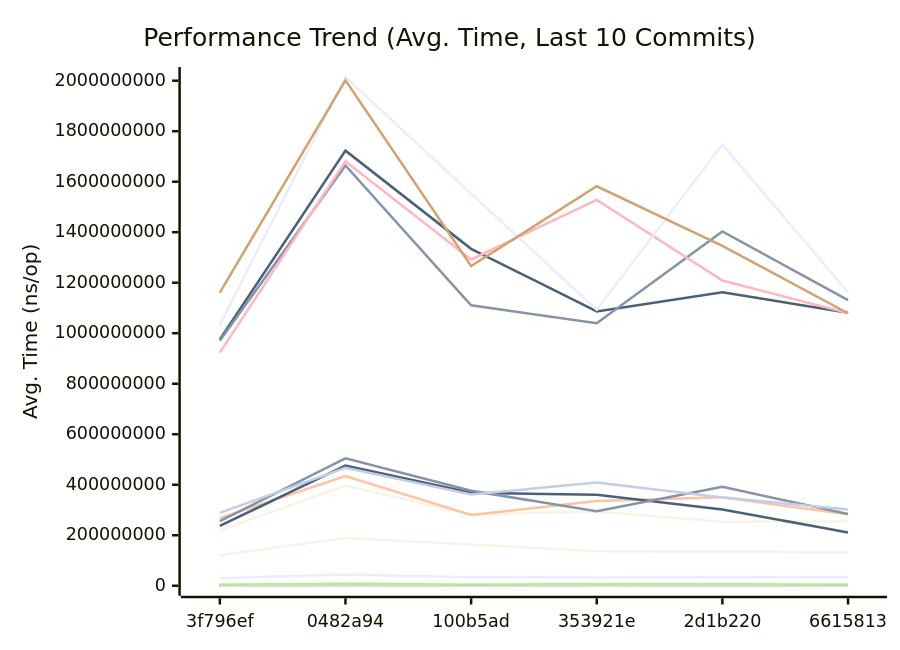
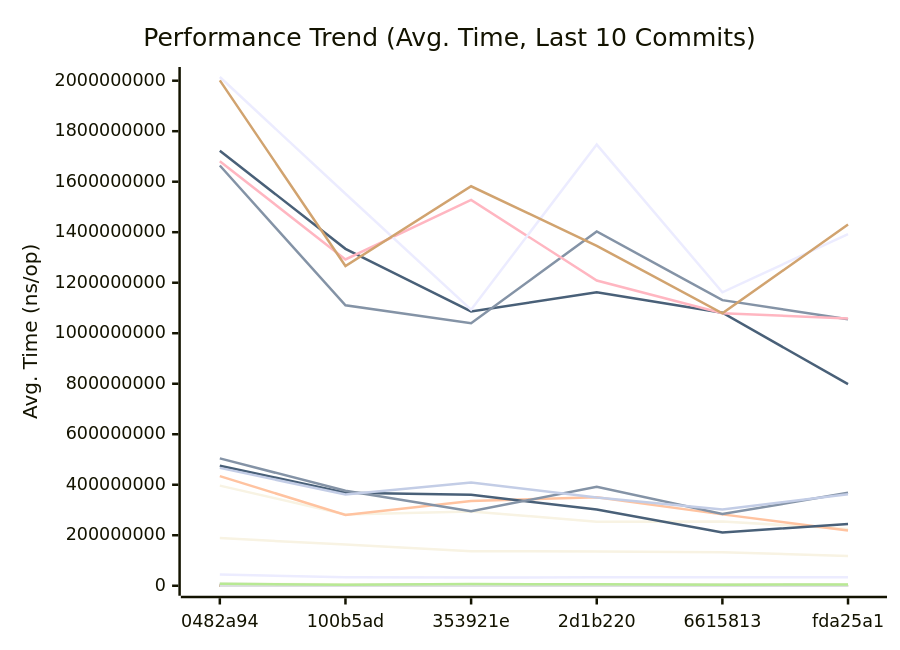
The first of 3 diagrams in docs/PERFORMANCE.md (alsotoes/momo), drawn with Mermaid before and after one commit. The commit also changed other lines of this file and 2 other files, not shown here.

````diff
--- a/docs/PERFORMANCE.md
+++ b/docs/PERFORMANCE.md
@@ -259,44 +258,44 @@
 ```mermaid
 xychart-beta
     title "Performance Trend (Avg. Time, Last 10 Commits)"
     x-axis "Commit"
     y-axis "Avg. Time (ns/op)"
-    x-axis [3f796ef,0482a94,100b5ad,353921e,2d1b220,6615813]
-    line "AWSChunkedReaderSigned" [508785,905557,534318,636346,690357,622918,512707,501241,721946,582789]
-    line "AWSChunkedReaderUnsigned" [493616,894454,593403,613680,684347,616129,457742,556893,695362,580668]
-    line "CheckMetricsAndSwap" [9,15,11,13,14,14,10,10,14,9]
-    line "CrushOptimized" [359,624,439,383,433,463,354,433,532,484]
-    line "CrushOriginal" [482,891,591,678,598,642,502,597,715,641]
-    line "FormatListObjectsV2XML_AppendFormat" [755798,1466071,913648,876655,1035620,900618,648718,775274,1080271,993577]
-    line "FormatListObjectsV2XML_OldFormat" [452349,876006,527726,499237,554225,498654,406141,479265,671030,530555]
-    line "HashBytes/1MiB" [3456264,5810430,3924626,3806841,4997033,4520322,3555390,4784039,3995457,4596495]
-    line "HashBytes/256MiB" [975610814,1722861401,1334138916,1086104803,1161959394,1081431052,798133130,1113482493,1284091050,1365990323]
-    line "HashBytes/64MiB" [219466744,396388379,282406448,294324496,253497415,254442334,225124511,298951068,308162718,336895373]
-    line "HashFile/1MiB" [4015638,6883319,4730225,4355866,5020414,4836717,3959247,3915050,5430358,4960660]
-    line "HashFile/256MiB" [970019312,1664168720,1110334520,1039461142,1402967574,1130963414,1055197690,1258679744,1441073207,1316970291]
-    line "HashFile/64MiB" [268034657,434196622,280320210,335648128,350050718,282645449,218474314,322488540,355303054,397283922]
-    line "IndexDirectTracking" [0,1,1,0,1,1,0,1,1,1]
-    line "IndexSearch" [2,4,2,2,3,2,2,2,3,2]
-    line "LastModifiedHeader_AppendFormat" [0,0,0,0,0,0,0,0,0,273]
-    line "LastModifiedHeader_Format" [0,0,0,0,0,0,0,0,0,359]
-    line "LoadGlobalConfig" [10358,20717,13477,12586,12915,11283,9939,13465,16787,14343]
-    line "LocalWrite/1MiB" [1014308,861821,620083,533203,606315,575526,474416,479322,627788,515217]
-    line "LocalWrite/256MiB" [120805038,188719012,163107200,137014284,135157963,132539343,118094125,126110483,141240477,133129249]
-    line "LocalWrite/64MiB" [30061816,44391316,34009604,32925149,33266024,33235605,33404598,32661319,39561620,34587683]
-    line "PadString" [54,108,74,66,65,63,47,69,97,85]
+    x-axis [0482a94,100b5ad,353921e,2d1b220,6615813,fda25a1]
+    line "AWSChunkedReaderSigned" [905557,534318,636346,690357,622918,512707,501241,721946,582789,741042]
+    line "AWSChunkedReaderUnsigned" [894454,593403,613680,684347,616129,457742,556893,695362,580668,721611]
+    line "CheckMetricsAndSwap" [15,11,13,14,14,10,10,14,9,14]
+    line "CrushOptimized" [624,439,383,433,463,354,433,532,484,492]
+    line "CrushOriginal" [891,591,678,598,642,502,597,715,641,734]
+    line "FormatListObjectsV2XML_AppendFormat" [1466071,913648,876655,1035620,900618,648718,775274,1080271,993577,1117129]
+    line "FormatListObjectsV2XML_OldFormat" [876006,527726,499237,554225,498654,406141,479265,671030,530555,661534]
+    line "HashBytes/1MiB" [5810430,3924626,3806841,4997033,4520322,3555390,4784039,3995457,4596495,5621676]
+    line "HashBytes/256MiB" [1722861401,1334138916,1086104803,1161959394,1081431052,798133130,1113482493,1284091050,1365990323,1502178110]
+    line "HashBytes/64MiB" [396388379,282406448,294324496,253497415,254442334,225124511,298951068,308162718,336895373,359262045]
+    line "HashFile/1MiB" [6883319,4730225,4355866,5020414,4836717,3959247,3915050,5430358,4960660,5725417]
+    line "HashFile/256MiB" [1664168720,1110334520,1039461142,1402967574,1130963414,1055197690,1258679744,1441073207,1316970291,1477907273]
+    line "HashFile/64MiB" [434196622,280320210,335648128,350050718,282645449,218474314,322488540,355303054,397283922,342325433]
+    line "IndexDirectTracking" [1,1,0,1,1,0,1,1,1,1]
+    line "IndexSearch" [4,2,2,3,2,2,2,3,2,3]
+    line "LastModifiedHeader_AppendFormat" [0,0,0,0,0,0,0,0,273,377]
+    line "LastModifiedHeader_Format" [0,0,0,0,0,0,0,0,359,474]
+    line "LoadGlobalConfig" [20717,13477,12586,12915,11283,9939,13465,16787,14343,16534]
+    line "LocalWrite/1MiB" [861821,620083,533203,606315,575526,474416,479322,627788,515217,653242]
+    line "LocalWrite/256MiB" [188719012,163107200,137014284,135157963,132539343,118094125,126110483,141240477,133129249,171131397]
+    line "LocalWrite/64MiB" [44391316,34009604,32925149,33266024,33235605,33404598,32661319,39561620,34587683,41271450]
+    line "PadString" [108,74,66,65,63,47,69,97,85,78]
     line "ParseReplicationOrder_NoPrealloc" [350,349,357,354,345,225,229,165,232,234]
     line "ParseReplicationOrder_Prealloc" [229,231,237,234,229,108,107,80,110,109]
-    line "Placement" [4982,9769,7169,6982,6435,6648,4864,6529,7421,7230]
-    line "PlacementDomainSpread" [5363,10254,7367,6165,7125,6936,5246,8024,8867,7769]
-    line "ReadVerify/1MiB" [3063023,6669899,5893653,4349552,4844958,4821081,3882918,3731377,5836051,3976066]
-    line "ReadVerify/256MiB" [923410779,1681161525,1292102083,1527966144,1208865206,1079520105,1058504265,1020754000,1422892660,1249941171]
-    line "ReadVerify/64MiB" [236746582,475503443,368423405,360046306,301883250,211152290,244603172,284251269,341875566,317667291]
-    line "S3PutSpool/1MiB" [5120338,8098804,5792248,4040951,5594802,4971787,5964641,5931927,6588614,5572982]
-    line "S3PutSpool/256MiB" [1033132692,2014620633,1552306291,1093403586,1746985899,1161989262,1392397511,1157791795,1438649885,1075603816]
-    line "S3PutSpool/64MiB" [255515959,504549456,376146327,294844128,391765533,283817898,367879613,355148274,389689212,272526470]
-    line "SanitizeLog/Safe" [310,494,332,277,365,264,226,242,388,301]
-    line "SanitizeLog/Unsafe" [715,1256,854,1098,1183,1013,768,930,1274,1021]
-    line "TrustedRead/1MiB" [3601064,7771585,4314592,6674262,5737318,4407789,4777459,4326085,5334409,5277115]
-    line "TrustedRead/256MiB" [1160948664,2001362379,1265914846,1581862210,1346158360,1079106743,1430194708,1367894050,1290238092,1112381854]
-    line "TrustedRead/64MiB" [288480214,466675929,361331755,408809763,349215436,302381501,362734452,260957497,306360304,291068280]
+    line "Placement" [9769,7169,6982,6435,6648,4864,6529,7421,7230,7696]
+    line "PlacementDomainSpread" [10254,7367,6165,7125,6936,5246,8024,8867,7769,8677]
+    line "ReadVerify/1MiB" [6669899,5893653,4349552,4844958,4821081,3882918,3731377,5836051,3976066,5316396]
+    line "ReadVerify/256MiB" [1681161525,1292102083,1527966144,1208865206,1079520105,1058504265,1020754000,1422892660,1249941171,1356438969]
+    line "ReadVerify/64MiB" [475503443,368423405,360046306,301883250,211152290,244603172,284251269,341875566,317667291,337069645]
+    line "S3PutSpool/1MiB" [8098804,5792248,4040951,5594802,4971787,5964641,5931927,6588614,5572982,6149011]
+    line "S3PutSpool/256MiB" [2014620633,1552306291,1093403586,1746985899,1161989262,1392397511,1157791795,1438649885,1075603816,1551204244]
+    line "S3PutSpool/64MiB" [504549456,376146327,294844128,391765533,283817898,367879613,355148274,389689212,272526470,362667390]
+    line "SanitizeLog/Safe" [494,332,277,365,264,226,242,388,301,419]
+    line "SanitizeLog/Unsafe" [1256,854,1098,1183,1013,768,930,1274,1021,1210]
+    line "TrustedRead/1MiB" [7771585,4314592,6674262,5737318,4407789,4777459,4326085,5334409,5277115,5559663]
+    line "TrustedRead/256MiB" [2001362379,1265914846,1581862210,1346158360,1079106743,1430194708,1367894050,1290238092,1112381854,1466748131]
+    line "TrustedRead/64MiB" [466675929,361331755,408809763,349215436,302381501,362734452,260957497,306360304,291068280,376225072]
 ```
````
